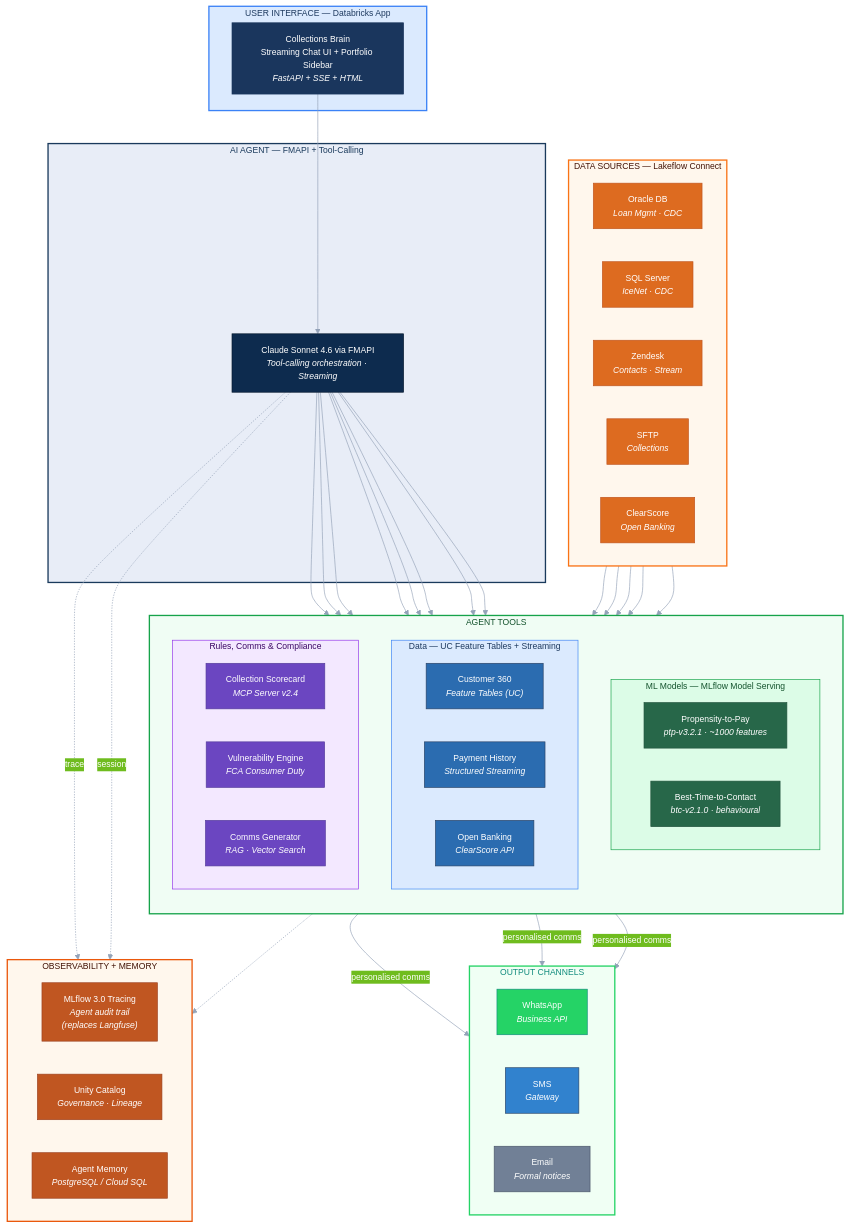
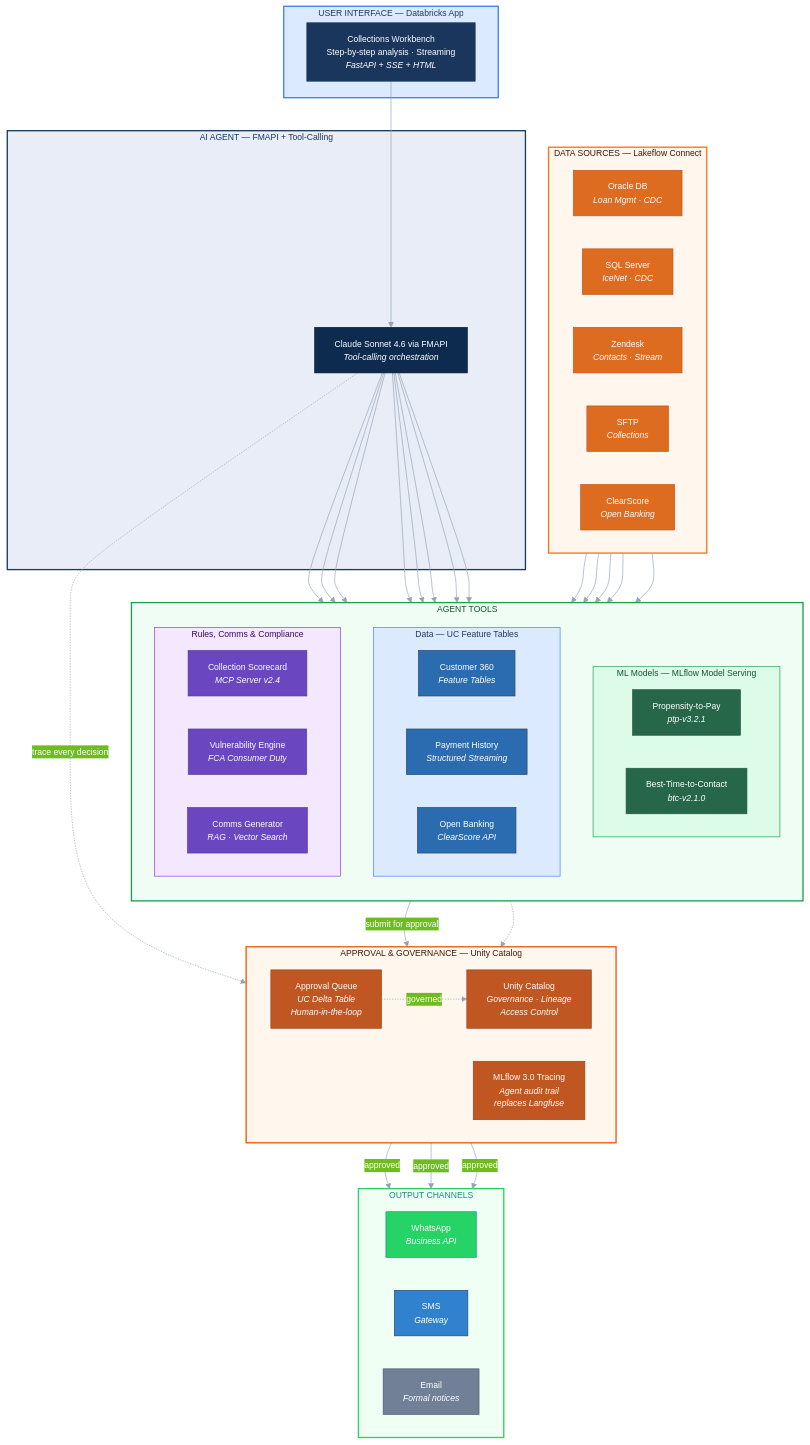
The diagram in docs/oakbrook_architecture.mmd (tingtingwan/oakbrook-collections-brain), drawn with Mermaid before and after one commit. The commit also changed 4 other files, not shown here.

First line of the commit message:
Wire approval queue to UC Delta table, update architecture diagram

```diff
--- a/docs/oakbrook_architecture.mmd
+++ b/docs/oakbrook_architecture.mmd
@@ -1,113 +1,114 @@
 %%{init: {
   "theme": "base",
   "themeVariables": {
     "primaryColor": "#1e6fbc",
     "primaryTextColor": "#ffffff",
     "primaryBorderColor": "#1557a0",
     "lineColor": "#94a3b8",
     "background": "#ffffff",
     "mainBkg": "#f8fafc",
     "clusterBkg": "#f8fafc",
     "fontFamily": "Segoe UI, Inter, Arial, sans-serif",
     "fontSize": "13px"
   }
 }}%%
 flowchart TB
 
     subgraph L1["USER INTERFACE — Databricks App"]
-        APP["Collections Brain<br/>Streaming Chat UI + Portfolio Sidebar<br/><i>FastAPI + SSE + HTML</i>"]
+        APP["Collections Workbench<br/>Step-by-step analysis · Streaming<br/><i>FastAPI + SSE + HTML</i>"]
     end
 
     subgraph L2["AI AGENT — FMAPI + Tool-Calling"]
-        LLM["Claude Sonnet 4.6 via FMAPI<br/><i>Tool-calling orchestration · Streaming</i>"]
+        LLM["Claude Sonnet 4.6 via FMAPI<br/><i>Tool-calling orchestration</i>"]
     end
 
     subgraph L3["AGENT TOOLS"]
         direction TB
         subgraph ML["ML Models — MLflow Model Serving"]
             direction LR
-            PTP["Propensity-to-Pay<br/><i>ptp-v3.2.1 · ~1000 features</i>"]
-            BTC["Best-Time-to-Contact<br/><i>btc-v2.1.0 · behavioural</i>"]
+            PTP["Propensity-to-Pay<br/><i>ptp-v3.2.1</i>"]
+            BTC["Best-Time-to-Contact<br/><i>btc-v2.1.0</i>"]
         end
-        subgraph DL["Data — UC Feature Tables + Streaming"]
+        subgraph DL["Data — UC Feature Tables"]
             direction LR
-            C360["Customer 360<br/><i>Feature Tables (UC)</i>"]
+            C360["Customer 360<br/><i>Feature Tables</i>"]
             PAY["Payment History<br/><i>Structured Streaming</i>"]
             OB["Open Banking<br/><i>ClearScore API</i>"]
         end
         subgraph BR["Rules, Comms & Compliance"]
             direction LR
             SC["Collection Scorecard<br/><i>MCP Server v2.4</i>"]
             VUL["Vulnerability Engine<br/><i>FCA Consumer Duty</i>"]
             RAG["Comms Generator<br/><i>RAG · Vector Search</i>"]
         end
     end
 
-    subgraph L4["OBSERVABILITY + MEMORY"]
+    subgraph L4["APPROVAL & GOVERNANCE — Unity Catalog"]
         direction LR
-        MLF["MLflow 3.0 Tracing<br/><i>Agent audit trail<br/>(replaces Langfuse)</i>"]
-        UC["Unity Catalog<br/><i>Governance · Lineage</i>"]
-        MEM["Agent Memory<br/><i>PostgreSQL / Cloud SQL</i>"]
+        APQ["Approval Queue<br/><i>UC Delta Table<br/>Human-in-the-loop</i>"]
+        MLF["MLflow 3.0 Tracing<br/><i>Agent audit trail<br/>replaces Langfuse</i>"]
+        UC["Unity Catalog<br/><i>Governance · Lineage<br/>Access Control</i>"]
     end
 
-    subgraph L5["DATA SOURCES — Lakeflow Connect"]
+    subgraph L5["OUTPUT CHANNELS"]
+        direction LR
+        WA["WhatsApp<br/><i>Business API</i>"]
+        SMS2["SMS<br/><i>Gateway</i>"]
+        EMAIL["Email<br/><i>Formal notices</i>"]
+    end
+
+    subgraph L6["DATA SOURCES — Lakeflow Connect"]
         direction LR
         ORA["Oracle DB<br/><i>Loan Mgmt · CDC</i>"]
         ICE["SQL Server<br/><i>IceNet · CDC</i>"]
         ZEN["Zendesk<br/><i>Contacts · Stream</i>"]
         SFTP2["SFTP<br/><i>Collections</i>"]
         CS["ClearScore<br/><i>Open Banking</i>"]
     end
 
-    subgraph L6["OUTPUT CHANNELS"]
-        direction LR
-        WA["WhatsApp<br/><i>Business API</i>"]
-        SMS2["SMS<br/><i>Gateway</i>"]
-        EMAIL["Email<br/><i>Formal notices</i>"]
-    end
-
     APP --> LLM
     LLM --> PTP & BTC
     LLM --> C360 & PAY & OB
     LLM --> SC & VUL & RAG
-    LLM -.->|"trace"| MLF
-    LLM -.->|"session"| MEM
+    LLM -.->|"trace every decision"| MLF
+    RAG -->|"submit for approval"| APQ
+    APQ -->|"approved"| WA & SMS2 & EMAIL
+    APQ -.->|"governed"| UC
     C360 -.-> UC
     ORA --> C360
     ICE --> C360
     ZEN --> PAY
     CS --> OB
     SFTP2 --> C360
-    RAG -->|"personalised comms"| WA & SMS2 & EMAIL
 
     style APP fill:#1a365d,stroke:#1a365d,color:#fff
     style LLM fill:#0d2b4e,stroke:#07192e,color:#fff
     style PTP fill:#276749,stroke:#22543d,color:#fff
     style BTC fill:#276749,stroke:#22543d,color:#fff
     style C360 fill:#2b6cb0,stroke:#2a4365,color:#fff
     style PAY fill:#2b6cb0,stroke:#2a4365,color:#fff
     style OB fill:#2b6cb0,stroke:#2a4365,color:#fff
     style SC fill:#6b46c1,stroke:#553c9a,color:#fff
     style VUL fill:#6b46c1,stroke:#553c9a,color:#fff
     style RAG fill:#6b46c1,stroke:#553c9a,color:#fff
+    style APQ fill:#c05621,stroke:#9c4221,color:#fff
     style MLF fill:#c05621,stroke:#9c4221,color:#fff
     style UC fill:#c05621,stroke:#9c4221,color:#fff
-    style MEM fill:#c05621,stroke:#9c4221,color:#fff
     style ORA fill:#dd6b20,stroke:#c05621,color:#fff
     style ICE fill:#dd6b20,stroke:#c05621,color:#fff
     style ZEN fill:#dd6b20,stroke:#c05621,color:#fff
     style SFTP2 fill:#dd6b20,stroke:#c05621,color:#fff
     style CS fill:#dd6b20,stroke:#c05621,color:#fff
     style WA fill:#25d366,stroke:#128c7e,color:#fff
     style SMS2 fill:#3182ce,stroke:#2a4365,color:#fff
     style EMAIL fill:#718096,stroke:#4a5568,color:#fff
 
     style L1 fill:#dbeafe,stroke:#3b82f6,stroke-width:2px,color:#1e3a5f
     style L2 fill:#e8edf7,stroke:#1a3a5c,stroke-width:2px,color:#1a3a5c
     style L3 fill:#f0fdf4,stroke:#16a34a,stroke-width:2px,color:#14532d
     style ML fill:#dcfce7,stroke:#16a34a,stroke-width:1px,color:#14532d
     style DL fill:#dbeafe,stroke:#3b82f6,stroke-width:1px,color:#1e3a5f
     style BR fill:#f3e8ff,stroke:#9333ea,stroke-width:1px,color:#3b0764
     style L4 fill:#fff7ed,stroke:#ea580c,stroke-width:2px,color:#431407
-    style L5 fill:#fff7ed,stroke:#f97316,stroke-width:2px,color:#431407
-    style L6 fill:#f0fff4,stroke:#25d366,stroke-width:2px,color:#128c7e
+    style L5 fill:#f0fff4,stroke:#25d366,stroke-width:2px,color:#128c7e
+    style L6 fill:#fff7ed,stroke:#f97316,stroke-width:2px,color:#431407
```
